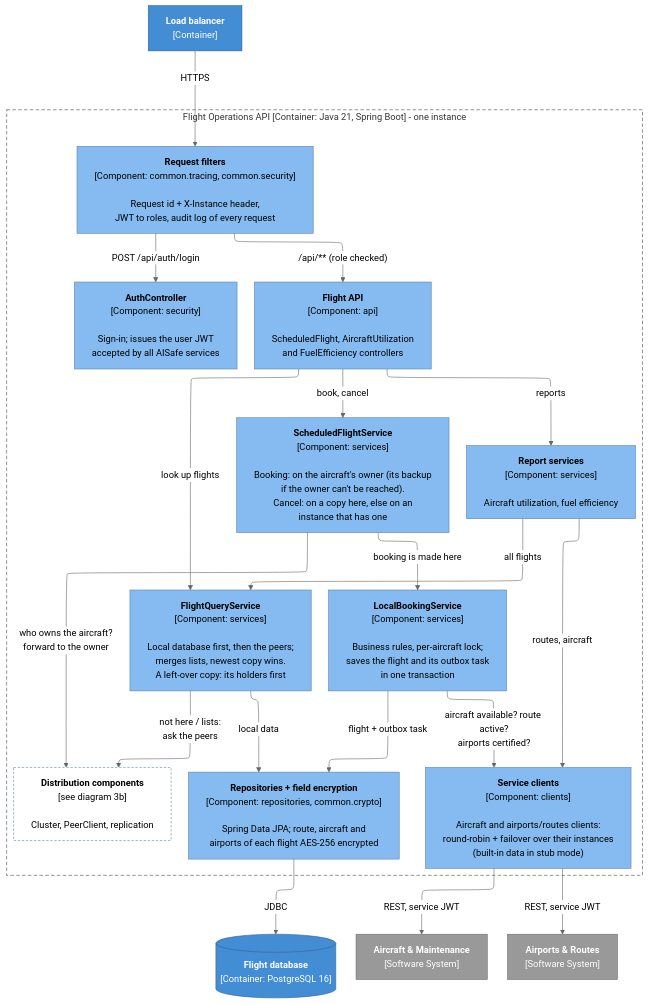
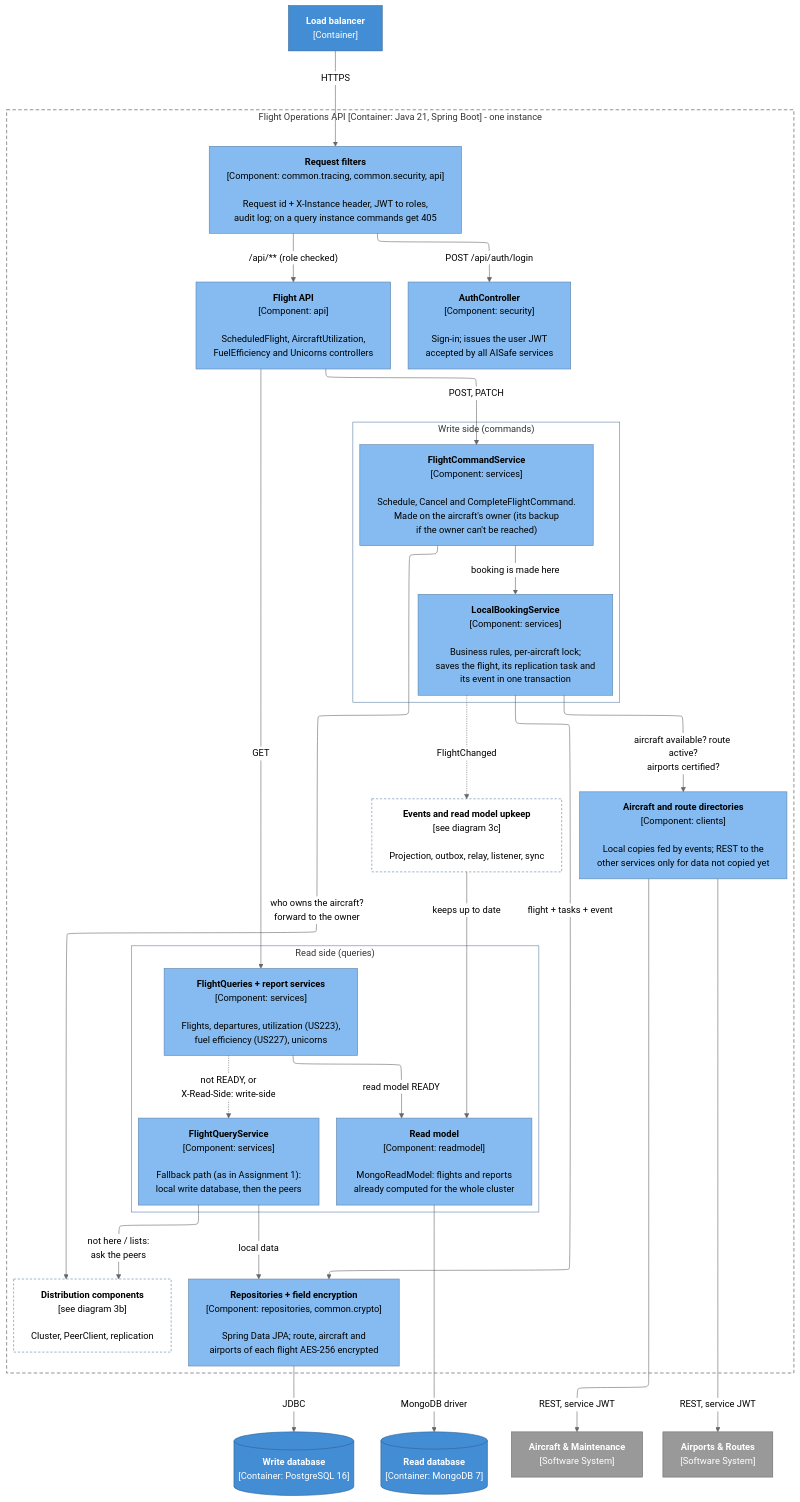
The diagram in docs/c4/3a-components-requests.mmd (ImJay1527/flight-operations-service), drawn with Mermaid (neutral theme) before and after one commit. The commit also changed 11 other files, not shown here.

First line of the commit message:
Bring the C4 model up to Assignment 2

```diff
--- a/docs/c4/3a-components-requests.mmd
+++ b/docs/c4/3a-components-requests.mmd
@@ -1,55 +1,71 @@
 ---
 config:
   layout: elk
   flowchart:
     wrappingWidth: 400
 ---
-%% C4 Level 3a - Components of the Flight Operations API: the path of a client request (bookings, queries, reports)
+%% C4 Level 3a - Components of the Flight Operations API: the path of a client request, commands and queries apart (CQRS)
 flowchart TB
     lb["<b>Load balancer</b><br/>[Container]"]
 
     subgraph API["Flight Operations API [Container: Java 21, Spring Boot] - one instance"]
         direction TB
-        filters["<b>Request filters</b><br/>[Component: common.tracing, common.security]<br/><br/>Request id + X-Instance header,<br/>JWT to roles, audit log of every request"]
+        filters["<b>Request filters</b><br/>[Component: common.tracing, common.security, api]<br/><br/>Request id + X-Instance header, JWT to roles,<br/>audit log; on a query instance commands get 405"]
         auth["<b>AuthController</b><br/>[Component: security]<br/><br/>Sign-in; issues the user JWT<br/>accepted by all AISafe services"]
-        flightApi["<b>Flight API</b><br/>[Component: api]<br/><br/>ScheduledFlight, AircraftUtilization<br/>and FuelEfficiency controllers"]
-        sfs["<b>ScheduledFlightService</b><br/>[Component: services]<br/><br/>Booking: on the aircraft's owner (its backup<br/>if the owner can't be reached).<br/>Cancel: on a copy here, else on an<br/>instance that has one"]
-        lbs["<b>LocalBookingService</b><br/>[Component: services]<br/><br/>Business rules, per-aircraft lock;<br/>saves the flight and its outbox task<br/>in one transaction"]
-        query["<b>FlightQueryService</b><br/>[Component: services]<br/><br/>Local database first, then the peers;<br/>merges lists, newest copy wins.<br/>A left-over copy: its holders first"]
-        reports["<b>Report services</b><br/>[Component: services]<br/><br/>Aircraft utilization, fuel efficiency"]
-        clients["<b>Service clients</b><br/>[Component: clients]<br/><br/>Aircraft and airports/routes clients:<br/>round-robin + failover over their instances<br/>(built-in data in stub mode)"]
+        flightApi["<b>Flight API</b><br/>[Component: api]<br/><br/>ScheduledFlight, AircraftUtilization,<br/>FuelEfficiency and Unicorns controllers"]
+
+        subgraph CMD["Write side (commands)"]
+            direction TB
+            commands["<b>FlightCommandService</b><br/>[Component: services]<br/><br/>Schedule, Cancel and CompleteFlightCommand.<br/>Made on the aircraft's owner (its backup<br/>if the owner can't be reached)"]
+            lbs["<b>LocalBookingService</b><br/>[Component: services]<br/><br/>Business rules, per-aircraft lock;<br/>saves the flight, its replication task and<br/>its event in one transaction"]
+        end
+
+        subgraph QRY["Read side (queries)"]
+            direction TB
+            queries["<b>FlightQueries + report services</b><br/>[Component: services]<br/><br/>Flights, departures, utilization (US223),<br/>fuel efficiency (US227), unicorns"]
+            readModel["<b>Read model</b><br/>[Component: readmodel]<br/><br/>MongoReadModel: flights and reports<br/>already computed for the whole cluster"]
+            fallback["<b>FlightQueryService</b><br/>[Component: services]<br/><br/>Fallback path (as in Assignment 1):<br/>local write database, then the peers"]
+        end
+
+        clients["<b>Aircraft and route directories</b><br/>[Component: clients]<br/><br/>Local copies fed by events; REST to the<br/>other services only for data not copied yet"]
         repos["<b>Repositories + field encryption</b><br/>[Component: repositories, common.crypto]<br/><br/>Spring Data JPA; route, aircraft and<br/>airports of each flight AES-256 encrypted"]
         dist["<b>Distribution components</b><br/>[see diagram 3b]<br/><br/>Cluster, PeerClient, replication"]
+        events["<b>Events and read model upkeep</b><br/>[see diagram 3c]<br/><br/>Projection, outbox, relay, listener, sync"]
     end
 
-    db[("<b>Flight database</b><br/>[Container: PostgreSQL 16]")]
+    db[("<b>Write database</b><br/>[Container: PostgreSQL 16]")]
+    rdb[("<b>Read database</b><br/>[Container: MongoDB 7]")]
     am["<b>Aircraft & Maintenance</b><br/>[Software System]"]
     ar["<b>Airports & Routes</b><br/>[Software System]"]
 
     lb -->|"HTTPS"| filters
     filters -->|"POST /api/auth/login"| auth
     filters -->|"/api/** (role checked)"| flightApi
-    flightApi -->|"book, cancel"| sfs
-    flightApi -->|"look up flights"| query
-    flightApi -->|"reports"| reports
-    sfs -->|"who owns the aircraft?<br/>forward to the owner"| dist
-    sfs -->|"booking is made here"| lbs
+    flightApi -->|"POST, PATCH"| commands
+    flightApi -->|"GET"| queries
+    commands -->|"who owns the aircraft?<br/>forward to the owner"| dist
+    commands -->|"booking is made here"| lbs
     lbs -->|"aircraft available? route active?<br/>airports certified?"| clients
-    lbs -->|"flight + outbox task"| repos
-    query -->|"local data"| repos
-    query -->|"not here / lists:<br/>ask the peers"| dist
-    reports -->|"all flights"| query
-    reports -->|"routes, aircraft"| clients
+    lbs -->|"flight + tasks + event"| repos
+    lbs -.->|"FlightChanged"| events
+    queries -->|"read model READY"| readModel
+    queries -.->|"not READY, or<br/>X-Read-Side: write-side"| fallback
+    fallback -->|"local data"| repos
+    fallback -->|"not here / lists:<br/>ask the peers"| dist
+    events -->|"keeps up to date"| readModel
+    readModel -->|"MongoDB driver"| rdb
     repos -->|"JDBC"| db
     clients -->|"REST, service JWT"| am
     clients -->|"REST, service JWT"| ar
 
     classDef component fill:#85bbf0,stroke:#5d82a8,color:#000000
     classDef container fill:#438dd5,stroke:#2e6295,color:#ffffff
     classDef external fill:#999999,stroke:#6b6b6b,color:#ffffff
     classDef elsewhere fill:#ffffff,stroke:#5d82a8,color:#000000,stroke-dasharray:4 3
-    class filters,auth,flightApi,sfs,lbs,query,reports,clients,repos component
-    class dist elsewhere
-    class lb,db container
+    class filters,auth,flightApi,commands,lbs,queries,readModel,fallback,clients,repos component
+    class dist,events elsewhere
+    class lb,db,rdb container
     class am,ar external
     style API fill:none,stroke:#444444,stroke-dasharray:6 4
+    style CMD fill:none,stroke:#5d82a8
+    style QRY fill:none,stroke:#5d82a8
```
